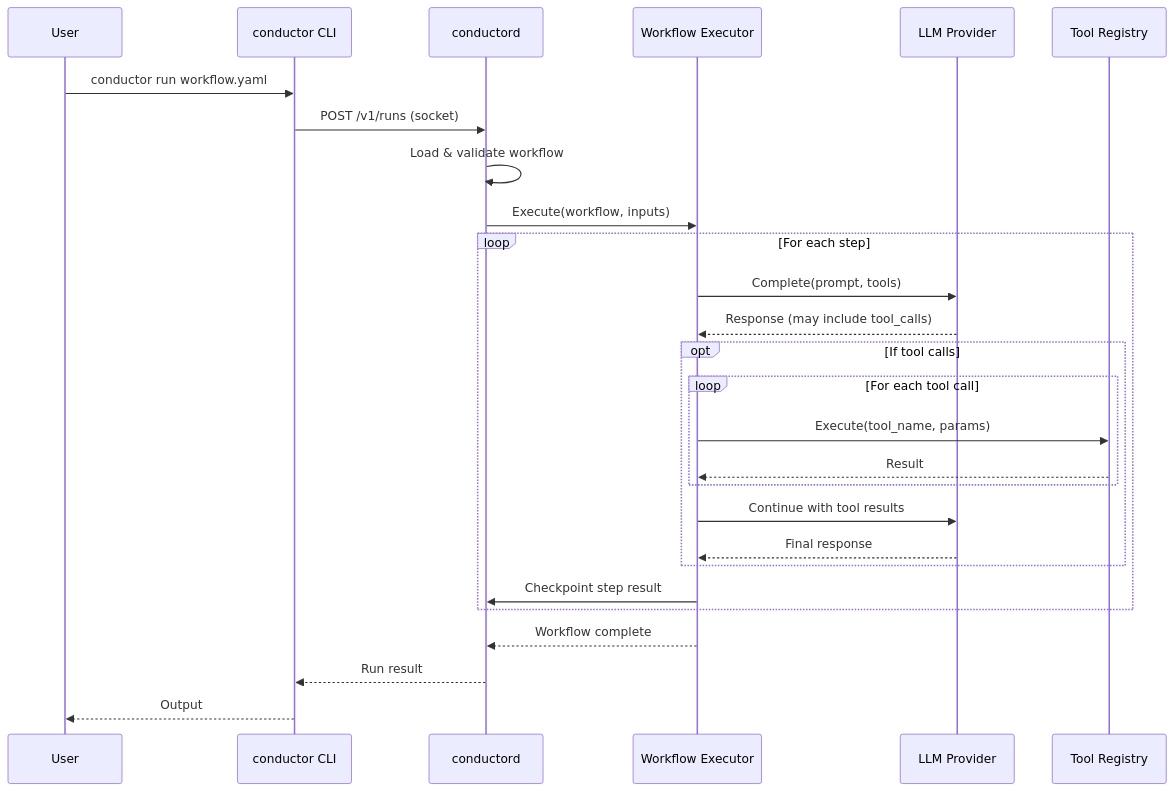
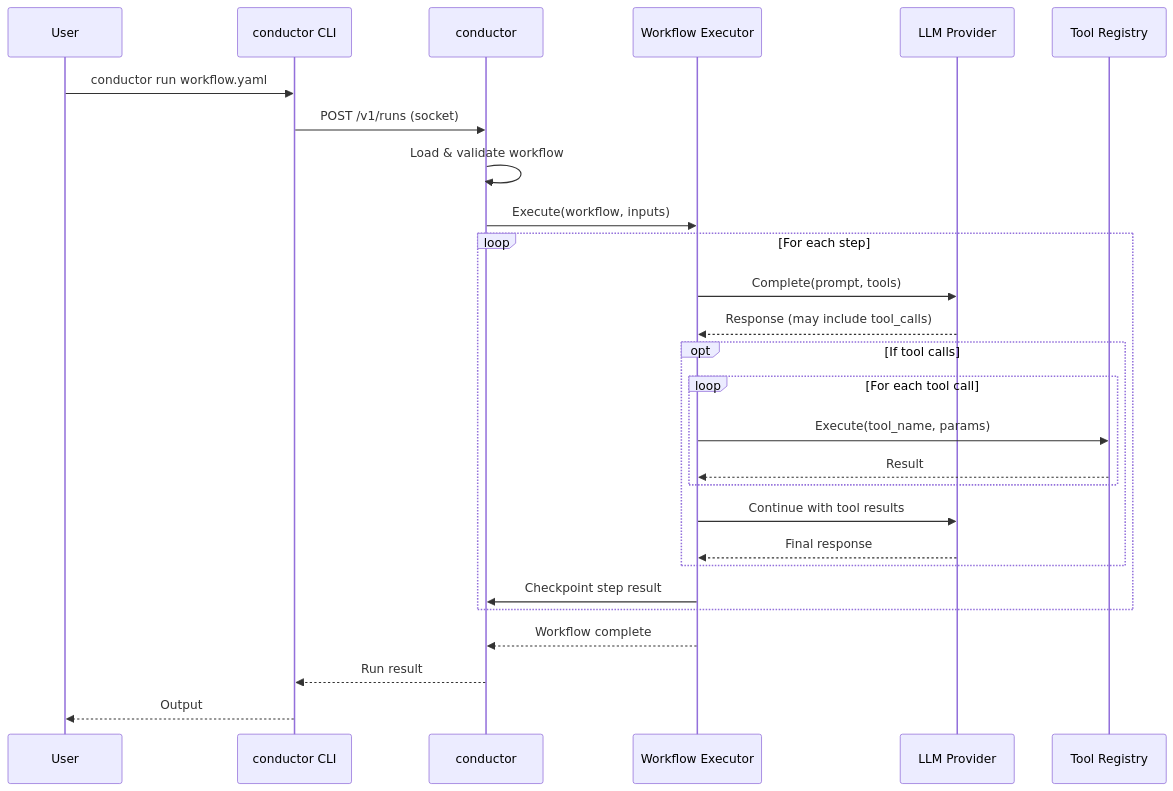
The first of 6 diagrams in docs/architecture/execution-flow.md (tombee/conductor), drawn with Mermaid before and after one commit. The commit also changed 21 other files, not shown here.

````diff
--- a/docs/architecture/execution-flow.md
+++ b/docs/architecture/execution-flow.md
@@ -9,34 +9,34 @@
 ```mermaid
 sequenceDiagram
     participant User
     participant CLI as conductor CLI
-    participant Daemon as conductord
+    participant Daemon as conductor
     participant Executor as Workflow Executor
     participant Provider as LLM Provider
     participant Tool as Tool Registry
 
     User->>CLI: conductor run workflow.yaml
     CLI->>Daemon: POST /v1/runs (socket)
     Daemon->>Daemon: Load & validate workflow
     Daemon->>Executor: Execute(workflow, inputs)
 
     loop For each step
         Executor->>Provider: Complete(prompt, tools)
         Provider-->>Executor: Response (may include tool_calls)
 
         opt If tool calls
             loop For each tool call
                 Executor->>Tool: Execute(tool_name, params)
                 Tool-->>Executor: Result
             end
             Executor->>Provider: Continue with tool results
             Provider-->>Executor: Final response
         end
 
         Executor->>Daemon: Checkpoint step result
     end
 
     Executor-->>Daemon: Workflow complete
     Daemon-->>CLI: Run result
     CLI-->>User: Output
 ```
````
